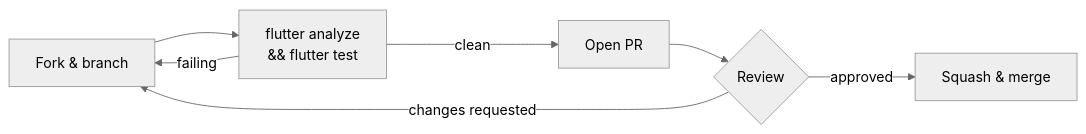
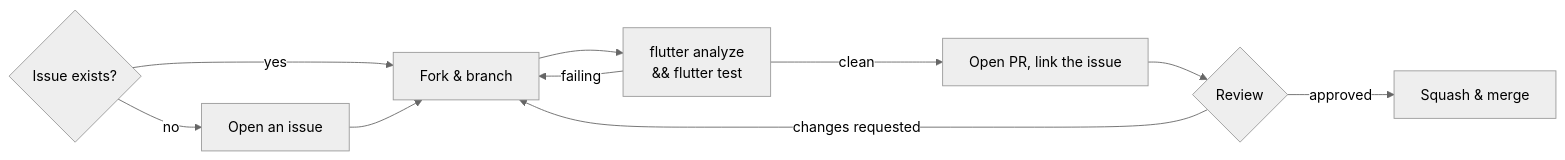
Before and after one commit to basictechorg/uniun: the second of 2 diagrams in CONTRIBUTING.md, drawn with Mermaid (neutral theme). The commit also changed other lines of this file and 1 other file, not shown here.

````diff
--- a/CONTRIBUTING.md
+++ b/CONTRIBUTING.md
@@ -143,9 +143,12 @@
 ```mermaid
 flowchart LR
-    A[Fork & branch] --> B["flutter analyze\n&& flutter test"]
-    B -->|clean| C[Open PR]
+    Z{Issue exists?} -->|no| I[Open an issue]
+    Z -->|yes| A
+    I --> A[Fork & branch]
+    A --> B["flutter analyze\n&& flutter test"]
+    B -->|clean| C[Open PR, link the issue]
     B -->|failing| A
     C --> D{Review}
     D -->|changes requested| A
     D -->|approved| E[Squash & merge]
 ```
````
